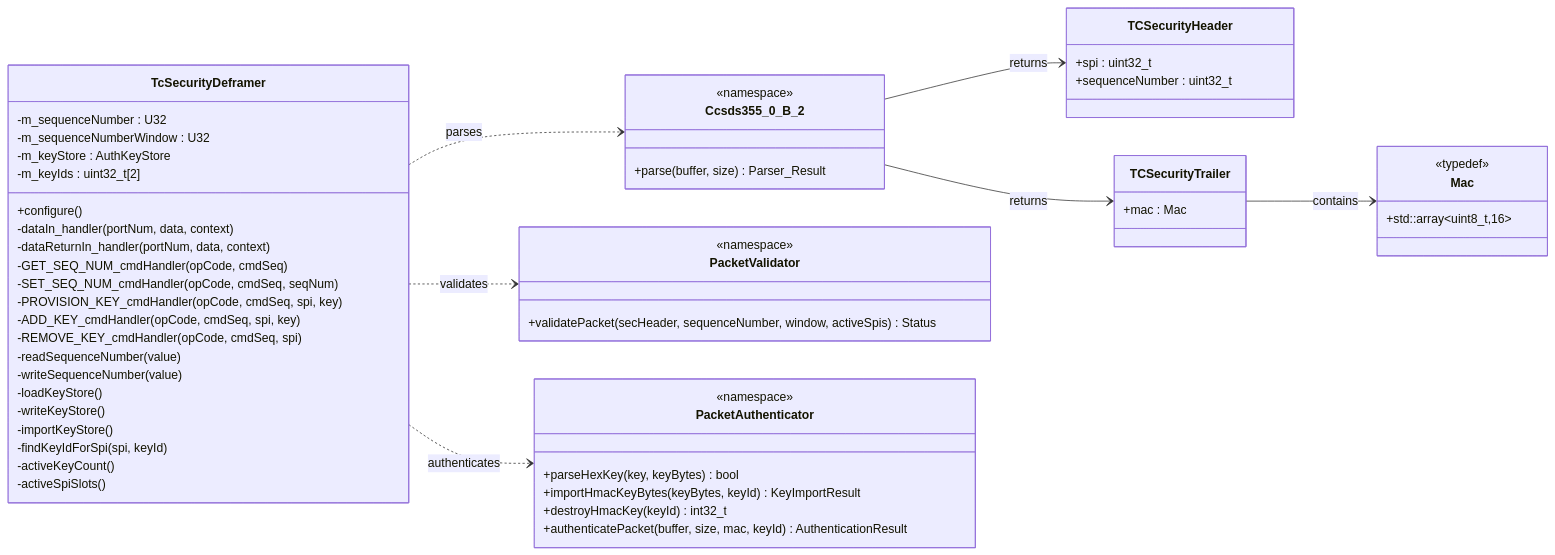
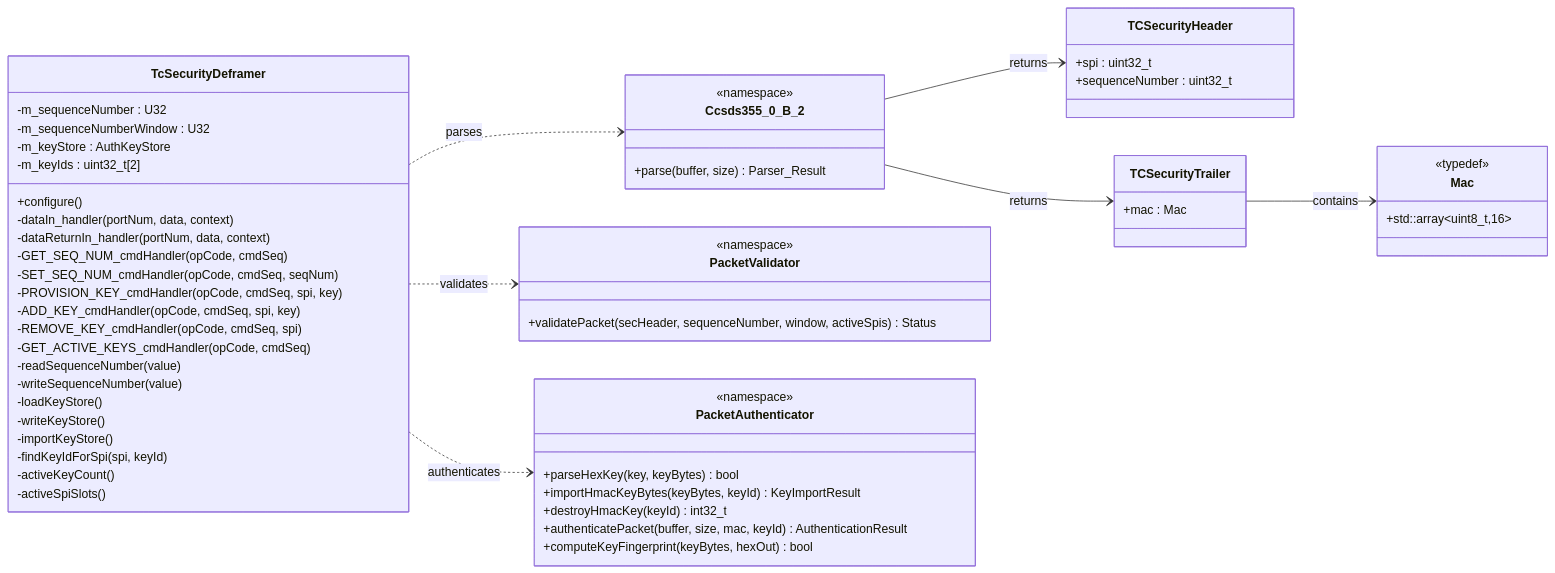
Before and after one commit to Open-Source-Space-Foundation/proves-core-reference: the diagram in docs-site/components/TcSecurityDeframer.md, drawn with Mermaid. The commit also changed other lines of this file and 12 other files, not shown here.

First line of the commit message:
feat(TcSecurityDeframer): expose active key SPIs and fingerprints

````diff
--- a/docs-site/components/TcSecurityDeframer.md
+++ b/docs-site/components/TcSecurityDeframer.md
@@ -42,66 +44,68 @@
 ```mermaid
 classDiagram
 direction LR
 
 class TcSecurityDeframer {
   +configure()
   -dataIn_handler(portNum, data, context)
   -dataReturnIn_handler(portNum, data, context)
   -GET_SEQ_NUM_cmdHandler(opCode, cmdSeq)
   -SET_SEQ_NUM_cmdHandler(opCode, cmdSeq, seqNum)
   -PROVISION_KEY_cmdHandler(opCode, cmdSeq, spi, key)
   -ADD_KEY_cmdHandler(opCode, cmdSeq, spi, key)
   -REMOVE_KEY_cmdHandler(opCode, cmdSeq, spi)
+  -GET_ACTIVE_KEYS_cmdHandler(opCode, cmdSeq)
   -readSequenceNumber(value)
   -writeSequenceNumber(value)
   -loadKeyStore()
   -writeKeyStore()
   -importKeyStore()
   -findKeyIdForSpi(spi, keyId)
   -activeKeyCount()
   -activeSpiSlots()
   -m_sequenceNumber : U32
   -m_sequenceNumberWindow : U32
   -m_keyStore : AuthKeyStore
   -m_keyIds : uint32_t[2]
 }
 
 class Ccsds355_0_B_2 {
   <<namespace>>
   +parse(buffer, size) Parser_Result
 }
 
 class PacketValidator {
   <<namespace>>
   +validatePacket(secHeader, sequenceNumber, window, activeSpis) Status
 }
 
 class PacketAuthenticator {
   <<namespace>>
   +parseHexKey(key, keyBytes) bool
   +importHmacKeyBytes(keyBytes, keyId) KeyImportResult
   +destroyHmacKey(keyId) int32_t
   +authenticatePacket(buffer, size, mac, keyId) AuthenticationResult
+  +computeKeyFingerprint(keyBytes, hexOut) bool
 }
 
 class TCSecurityHeader {
   +spi : uint32_t
   +sequenceNumber : uint32_t
 }
 
 class TCSecurityTrailer {
   +mac : Mac
 }
 
 class Mac {
   <<typedef>>
   +std::array~uint8_t,16~
 }
 
 TcSecurityDeframer ..> Ccsds355_0_B_2 : parses
 TcSecurityDeframer ..> PacketValidator : validates
 TcSecurityDeframer ..> PacketAuthenticator : authenticates
 Ccsds355_0_B_2 --> TCSecurityHeader : returns
 Ccsds355_0_B_2 --> TCSecurityTrailer : returns
 TCSecurityTrailer --> Mac : contains
 ```
````
